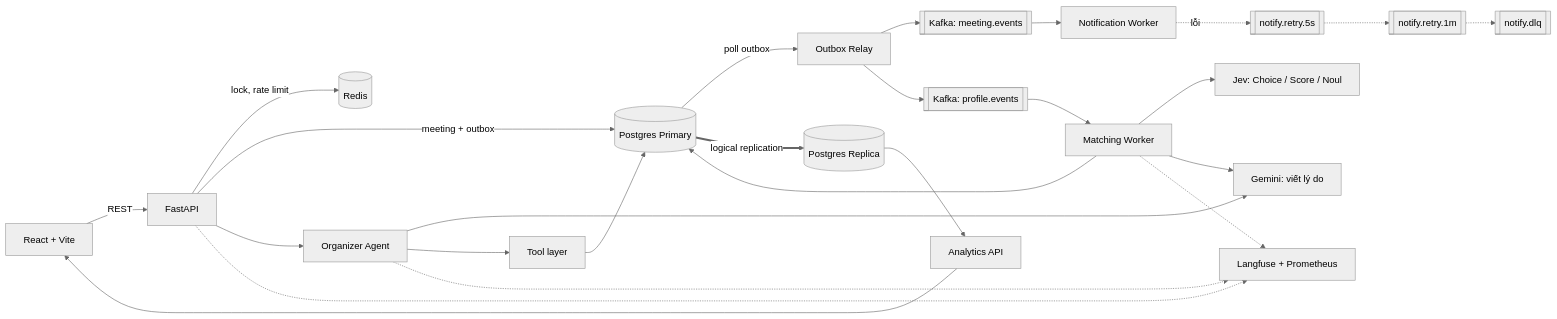
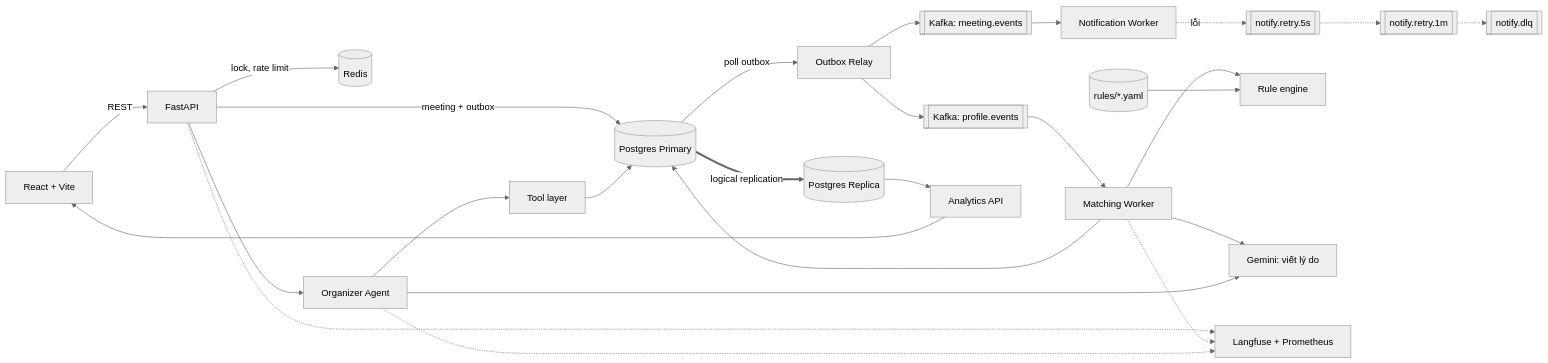
One commit to Trung1234/davas-matching changed the first of 11 diagrams in README.md. Above: the diagram before and after it, drawn with Mermaid (neutral theme). The commit also changed other lines of this file, not shown here.

````diff
--- a/README.md
+++ b/README.md
@@ -104,32 +106,33 @@
 ```mermaid
 flowchart LR
     UI["React + Vite"] -->|"REST"| API["FastAPI"]
 
     API -->|"lock, rate limit"| Redis[("Redis")]
     API -->|"meeting + outbox"| PGP[("Postgres Primary")]
     API --> AG["Organizer Agent"]
 
     PGP -->|"poll outbox"| Relay["Outbox Relay"]
     Relay --> K1[["Kafka: meeting.events"]]
     Relay --> K2[["Kafka: profile.events"]]
 
     K1 --> NW["Notification Worker"]
     NW -.->|"lỗi"| R1[["notify.retry.5s"]]
     R1 -.-> R2[["notify.retry.1m"]]
     R2 -.-> DLQ[["notify.dlq"]]
 
     K2 --> MW["Matching Worker"]
-    MW --> JEV["Jev: Choice / Score / Noul"]
+    MW --> RE["Rule engine"]
+    RULES[("rules/*.yaml")] --> RE
     MW --> GEM["Gemini: viết lý do"]
     AG --> GEM
     AG --> TOOLS["Tool layer"]
     TOOLS --> PGP
 
     MW --> PGP
     PGP ==>|"logical replication"| PGR[("Postgres Replica")]
     PGR --> AN["Analytics API"] --> UI
 
     API -.-> OBS["Langfuse + Prometheus"]
     MW -.-> OBS
     AG -.-> OBS
 ```
````
